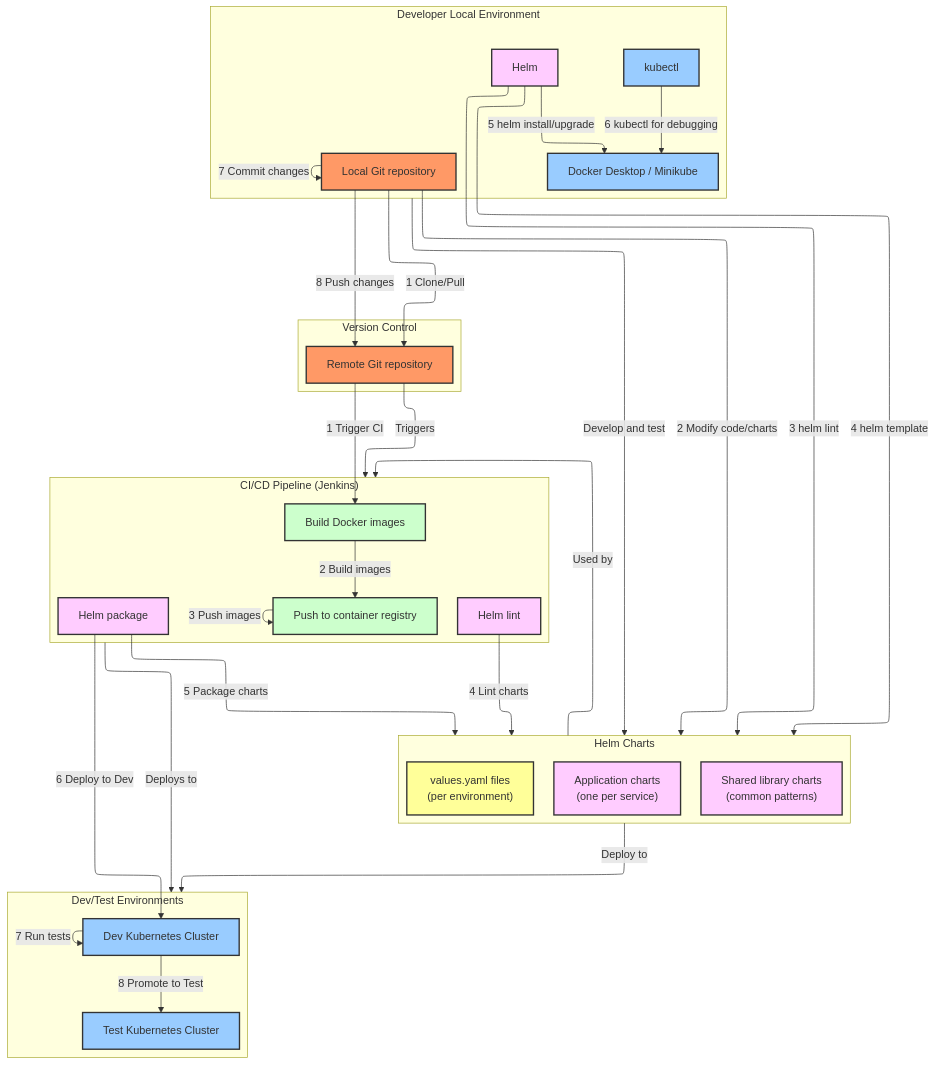
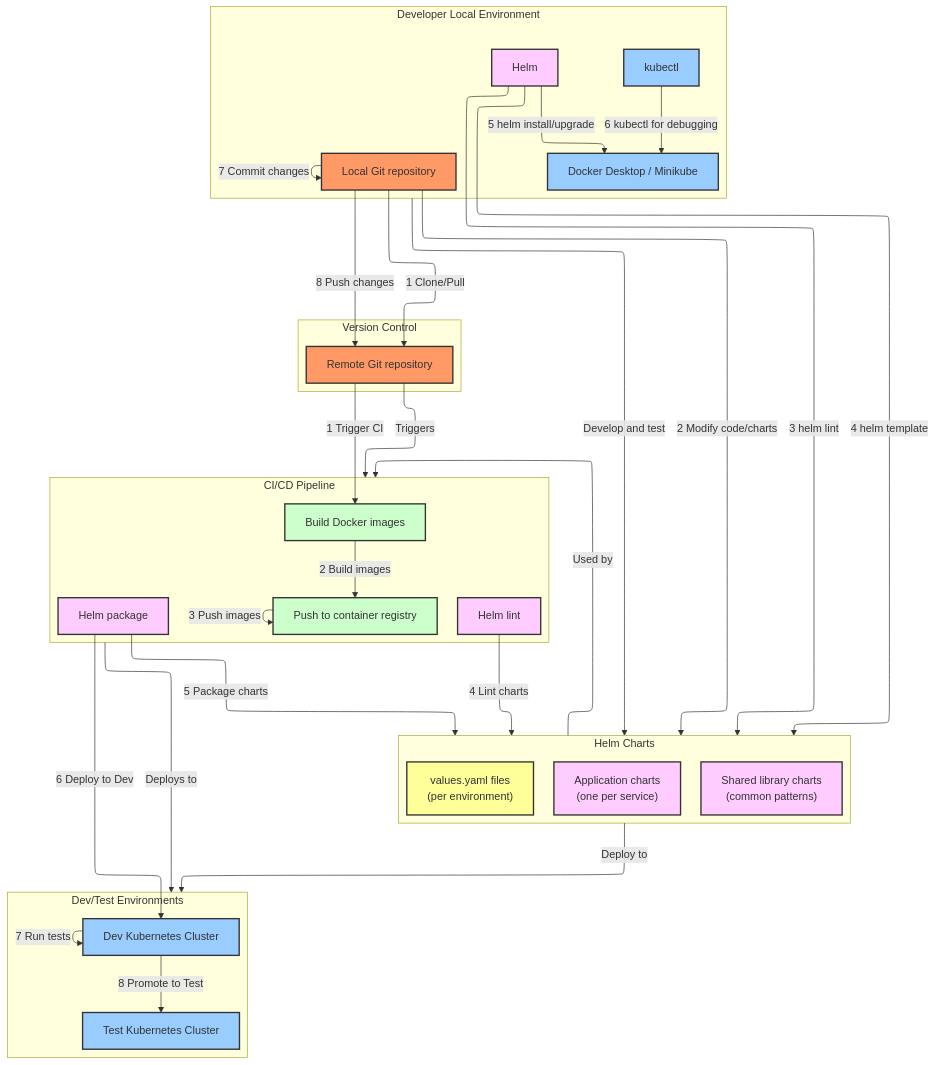
The second of 3 diagrams in architecture/ibm-migration-answers.md (carlosmsanchezm/prep), drawn with Mermaid before and after one commit. The commit also changed other lines of this file and 1 other file, not shown here.

First line of the commit message:
Remove all Jenkins CI references, fix staging narrative

````diff
--- a/architecture/ibm-migration-answers.md
+++ b/architecture/ibm-migration-answers.md
@@ -173,68 +173,68 @@
 ```mermaid
 ---
 config:
   layout: elk
 ---
 flowchart TB
     subgraph Developer_Local_Environment["Developer Local Environment"]
         A1["Local Git repository"]:::git
         A2["Docker Desktop / Minikube"]:::k8s
         A3["Helm"]:::helm
         A4["kubectl"]:::k8s
     end
 
     subgraph Version_Control["Version Control"]
         B1["Remote Git repository"]:::git
     end
 
-    subgraph CI_CD_Pipeline["CI/CD Pipeline (Jenkins)"]
+    subgraph CI_CD_Pipeline["CI/CD Pipeline"]
         C1["Build Docker images"]:::docker
         C2["Push to container registry"]:::docker
         C3["Helm lint"]:::helm
         C4["Helm package"]:::helm
     end
 
     subgraph Dev_Test_Environments["Dev/Test Environments"]
         D1["Dev Kubernetes Cluster"]:::k8s
         D2["Test Kubernetes Cluster"]:::k8s
     end
 
     subgraph Helm_Charts["Helm Charts"]
         E1["Application charts<br/>(one per service)"]:::helm
         E2["Shared library charts<br/>(common patterns)"]:::helm
         E3["values.yaml files<br/>(per environment)"]:::values
     end
 
     %% Developer workflow (numbered steps)
     A1 -- "1 Clone/Pull" --> B1
     A1 -- "2 Modify code/charts" --> Helm_Charts
     A3 -- "3 helm lint" --> Helm_Charts
     A3 -- "4 helm template" --> Helm_Charts
     A3 -- "5 helm install/upgrade" --> A2
     A4 -- "6 kubectl for debugging" --> A2
     A1 -- "7 Commit changes" --> A1
     A1 -- "8 Push changes" --> B1
 
     %% CI/CD workflow (numbered steps)
     B1 -- "1 Trigger CI" --> C1
     C1 -- "2 Build images" --> C2
     C2 -- "3 Push images" --> C2
     C3 -- "4 Lint charts" --> Helm_Charts
     C4 -- "5 Package charts" --> Helm_Charts
     C4 -- "6 Deploy to Dev" --> D1
     D1 -- "7 Run tests" --> D1
     D1 -- "8 Promote to Test" --> D2
 
     %% High-level relationships
     Developer_Local_Environment -- "Develop and test" --> Helm_Charts
     Helm_Charts -- "Used by" --> CI_CD_Pipeline
     Helm_Charts -- "Deploy to" --> Dev_Test_Environments
     B1 -- "Triggers" --> CI_CD_Pipeline
     CI_CD_Pipeline -- "Deploys to" --> Dev_Test_Environments
 
     classDef git fill:#f96,stroke:#333,stroke-width:2px
     classDef k8s fill:#9cf,stroke:#333,stroke-width:2px
     classDef helm fill:#fcf,stroke:#333,stroke-width:2px
     classDef docker fill:#cfc,stroke:#333,stroke-width:2px
     classDef values fill:#ff9,stroke:#333,stroke-width:2px
 ```
````
